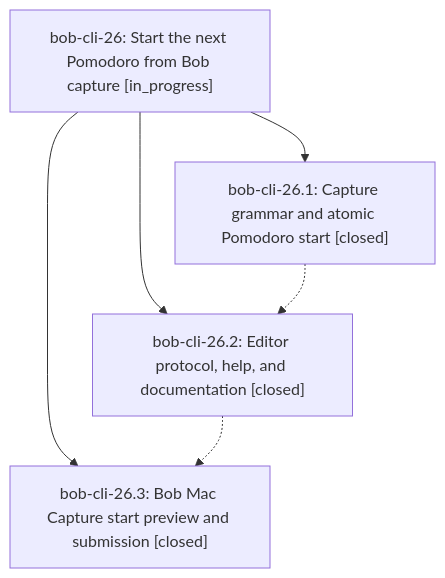
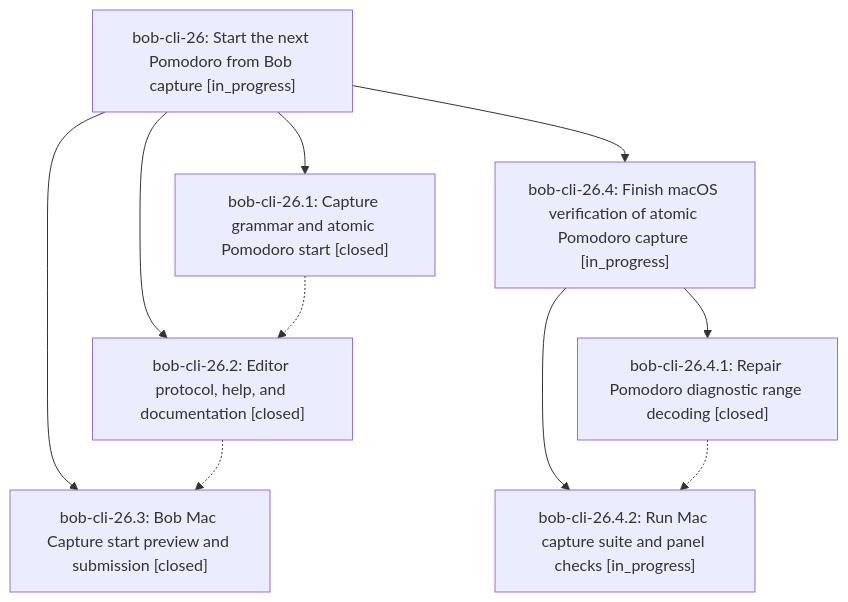
The diagram in pages/bob-cli-26/README.md (bobs-org/bob-cli--beads), drawn with Mermaid before and after one commit. The commit also changed other lines of this file and 3 other files, not shown here.

First line of the commit message:
chore(beads): sync bead state and pages for bob-cli-26

````diff
--- a/pages/bob-cli-26/README.md
+++ b/pages/bob-cli-26/README.md
@@ -24,12 +87,19 @@
 ```mermaid
 flowchart TD
     n0["bob-cli-26: Start the next Pomodoro from Bob capture [in_progress]"]
     n1["bob-cli-26.1: Capture grammar and atomic Pomodoro start [closed]"]
     n2["bob-cli-26.2: Editor protocol, help, and documentation [closed]"]
     n3["bob-cli-26.3: Bob Mac Capture start preview and submission [closed]"]
+    n4["bob-cli-26.4: Finish macOS verification of atomic Pomodoro capture [in_progress]"]
+    n5["bob-cli-26.4.1: Repair Pomodoro diagnostic range decoding [closed]"]
+    n6["bob-cli-26.4.2: Run Mac capture suite and panel checks [in_progress]"]
     n0 --> n1
     n0 --> n2
     n0 --> n3
+    n0 --> n4
+    n4 --> n5
+    n4 --> n6
     n1 -.-> n2
     n2 -.-> n3
+    n5 -.-> n6
 ```
````
